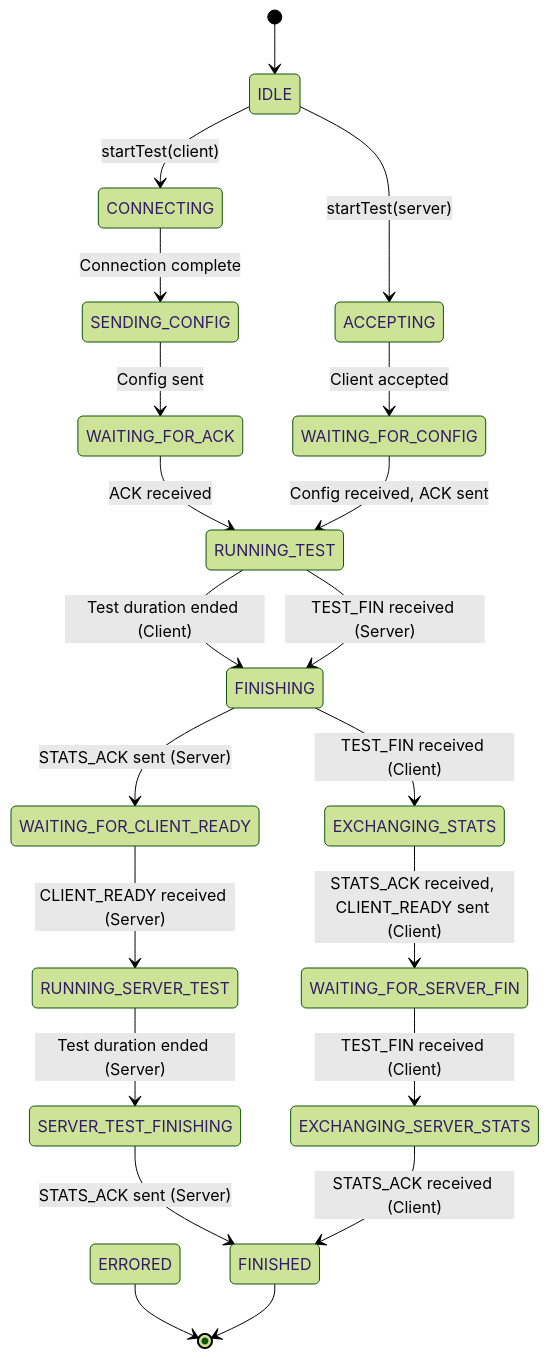
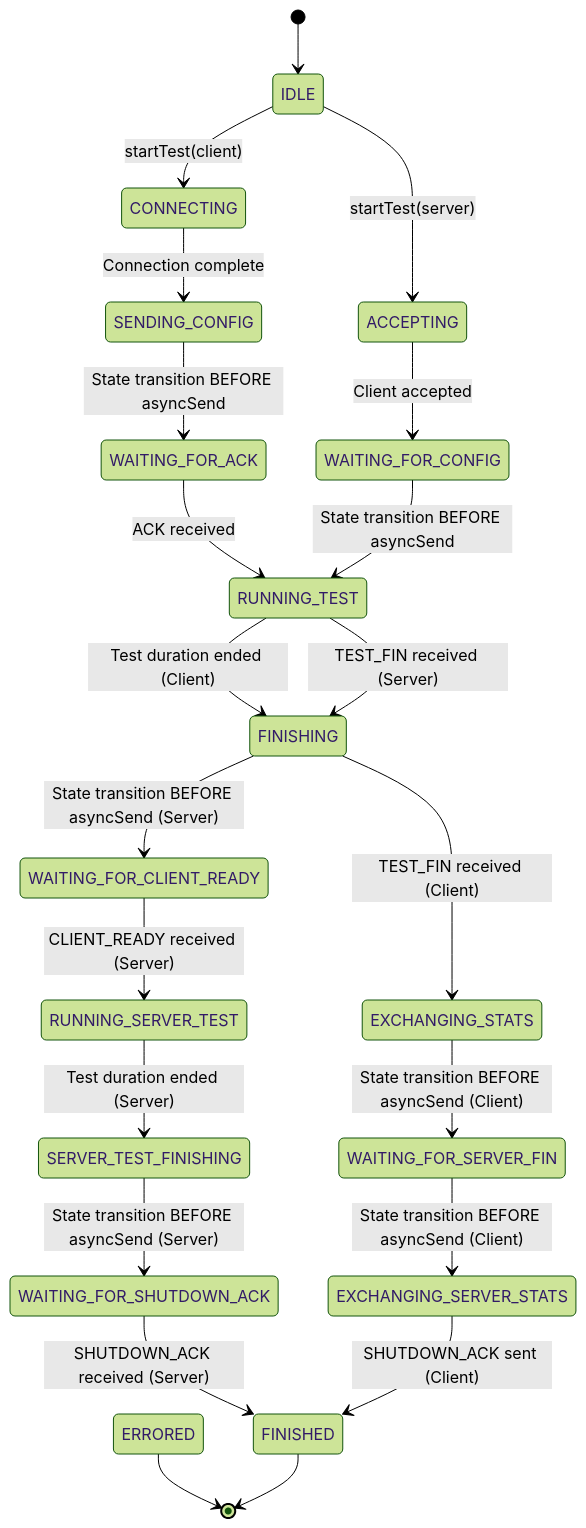
The diagram in MyIperf/README.md (JunKIM2603a/MyIperf), drawn with Mermaid (forest theme) before and after one commit. The commit also changed other lines of this file and 17 other files, not shown here.

````diff
--- a/MyIperf/README.md
+++ b/MyIperf/README.md
@@ -97,33 +106,34 @@
 ```mermaid
 stateDiagram-v2
     [*] --> IDLE
 
     IDLE --> CONNECTING: startTest(client)
     IDLE --> ACCEPTING: startTest(server)
 
     CONNECTING --> SENDING_CONFIG: Connection complete
-    SENDING_CONFIG --> WAITING_FOR_ACK: Config sent
+    SENDING_CONFIG --> WAITING_FOR_ACK: State transition BEFORE asyncSend
     WAITING_FOR_ACK --> RUNNING_TEST: ACK received
 
     ACCEPTING --> WAITING_FOR_CONFIG: Client accepted
-    WAITING_FOR_CONFIG --> RUNNING_TEST: Config received, ACK sent
+    WAITING_FOR_CONFIG --> RUNNING_TEST: State transition BEFORE asyncSend
 
     RUNNING_TEST --> FINISHING: Test duration ended (Client)
     RUNNING_TEST --> FINISHING: TEST_FIN received (Server)
 
     FINISHING --> EXCHANGING_STATS: TEST_FIN received (Client)
-    FINISHING --> WAITING_FOR_CLIENT_READY: STATS_ACK sent (Server)
+    FINISHING --> WAITING_FOR_CLIENT_READY: State transition BEFORE asyncSend (Server)
 
-    EXCHANGING_STATS --> WAITING_FOR_SERVER_FIN: STATS_ACK received, CLIENT_READY sent (Client)
+    EXCHANGING_STATS --> WAITING_FOR_SERVER_FIN: State transition BEFORE asyncSend (Client)
 
     WAITING_FOR_CLIENT_READY --> RUNNING_SERVER_TEST: CLIENT_READY received (Server)
     RUNNING_SERVER_TEST --> SERVER_TEST_FINISHING: Test duration ended (Server)
     
-    WAITING_FOR_SERVER_FIN --> EXCHANGING_SERVER_STATS: TEST_FIN received (Client)
-    SERVER_TEST_FINISHING --> FINISHED: STATS_ACK sent (Server)
+    WAITING_FOR_SERVER_FIN --> EXCHANGING_SERVER_STATS: State transition BEFORE asyncSend (Client)
+    SERVER_TEST_FINISHING --> WAITING_FOR_SHUTDOWN_ACK: State transition BEFORE asyncSend (Server)
 
-    EXCHANGING_SERVER_STATS --> FINISHED: STATS_ACK received (Client)
+    WAITING_FOR_SHUTDOWN_ACK --> FINISHED: SHUTDOWN_ACK received (Server)
+    EXCHANGING_SERVER_STATS --> FINISHED: SHUTDOWN_ACK sent (Client)
 
     ERRORED --> [*]
     FINISHED --> [*]
 ```
````
